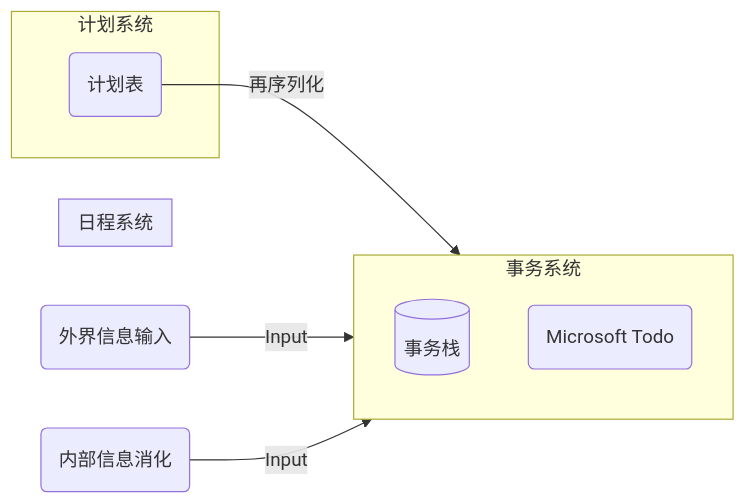
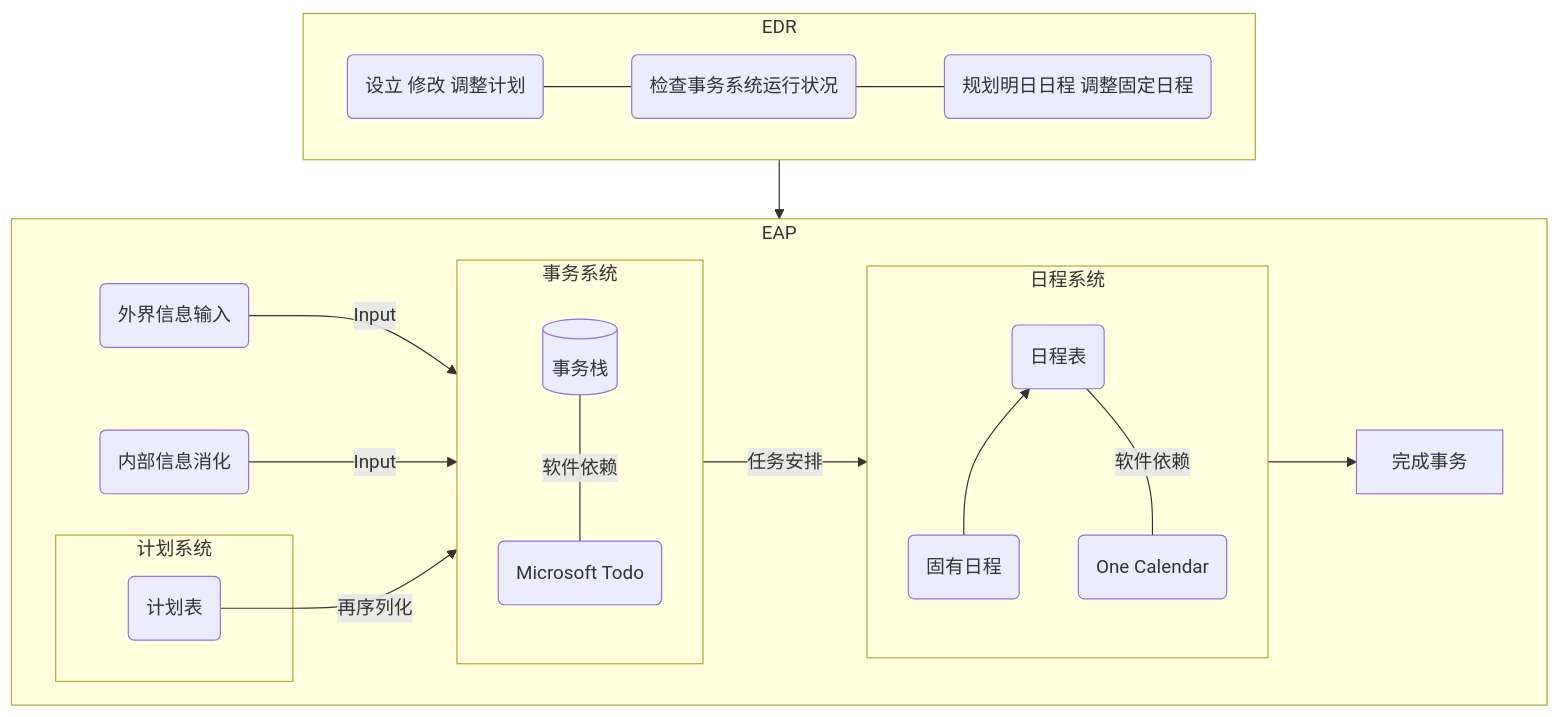
Before and after one commit to CIriynos/ciriynos.github.io: the diagram in _posts/2021-12-5-大学生涯基本框架.md, drawn with Mermaid. The commit also changed other lines of this file and 2 other files, not shown here.

Commit message:
Add the function 'Display Reading times'

````diff
--- a/_posts/2021-12-5-大学生涯基本框架.md
+++ b/_posts/2021-12-5-大学生涯基本框架.md
@@ -44,20 +46,37 @@
 ```mermaid
-graph LR
-subgraph event[事务系统]
-	direction TB
-	base[(事务栈)]
-	software(Microsoft Todo)
+flowchart TD
+subgraph EDR
+	direction LR
+	check1(设立 修改 调整计划) --- check2(检查事务系统运行状况) --- check3(规划明日日程 调整固定日程)
+	
 end
 
-subgraph 日程系统
+EDR --> EAP
 
+subgraph EAP
+	direction LR
+    subgraph event[事务系统]
+        direction BT
+        base[(事务栈)]
+        software1(Microsoft Todo) -- 软件依赖 --- base
+    end
+
+    subgraph assign[日程系统]
+        direction BT
+        routine(日程表)
+        regular(固有日程) --> routine
+        software2(One Calendar) -- 软件依赖 --- routine
+    end
+
+    subgraph plan_sys[计划系统]
+    	plan(计划表)
+    end
+
+    input1(外界信息输入) -- Input --> event
+    input2(内部信息消化) -- Input --> event
+    event -- 任务安排 --> assign
+    assign --> 完成事务
+    plan -- 再序列化 --> event
+ 
 end
-
-subgraph plan_sys[计划系统]
-plan(计划表) -- 再序列化 --> base
-end
-
-input1(外界信息输入) -- Input --> base
-input2(内部信息消化) -- Input --> base
-
 ```
````
